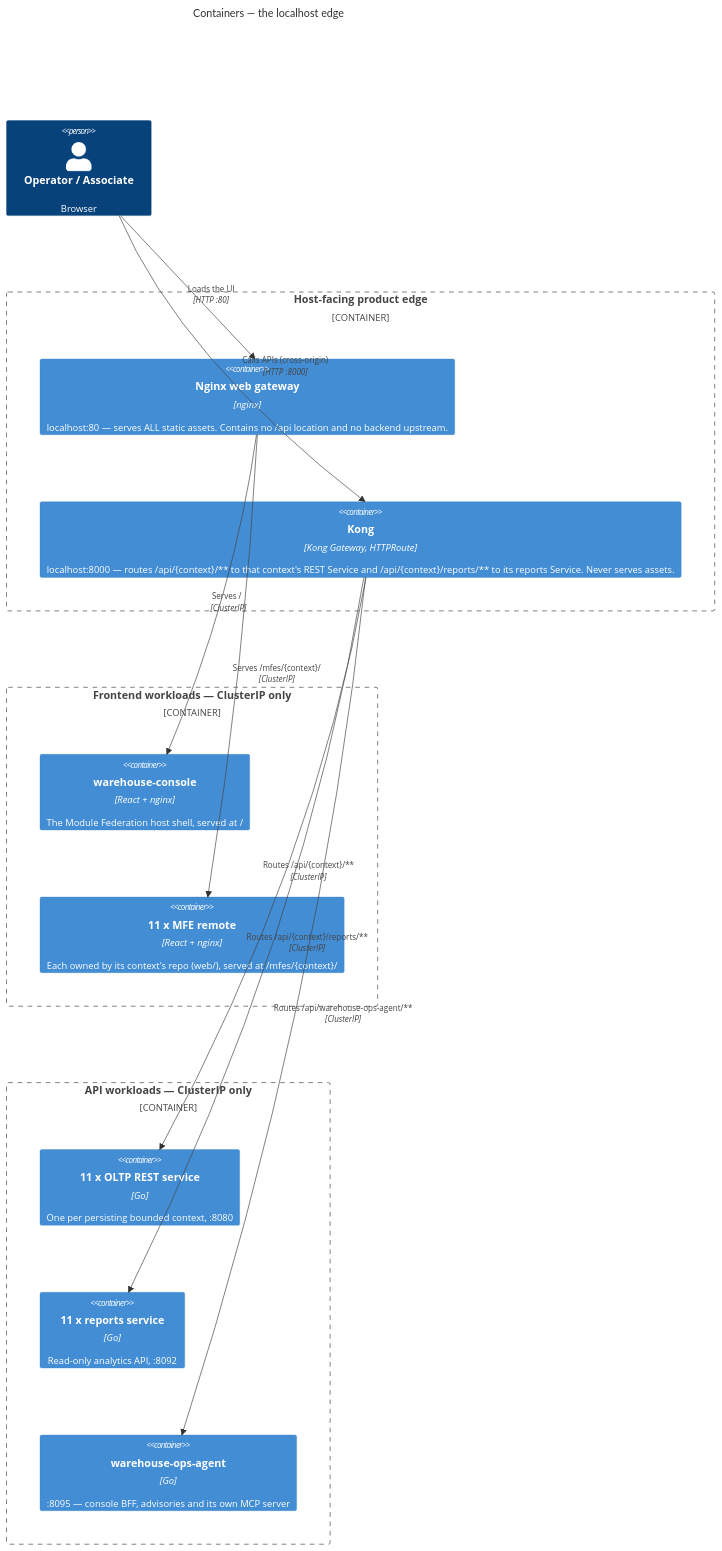
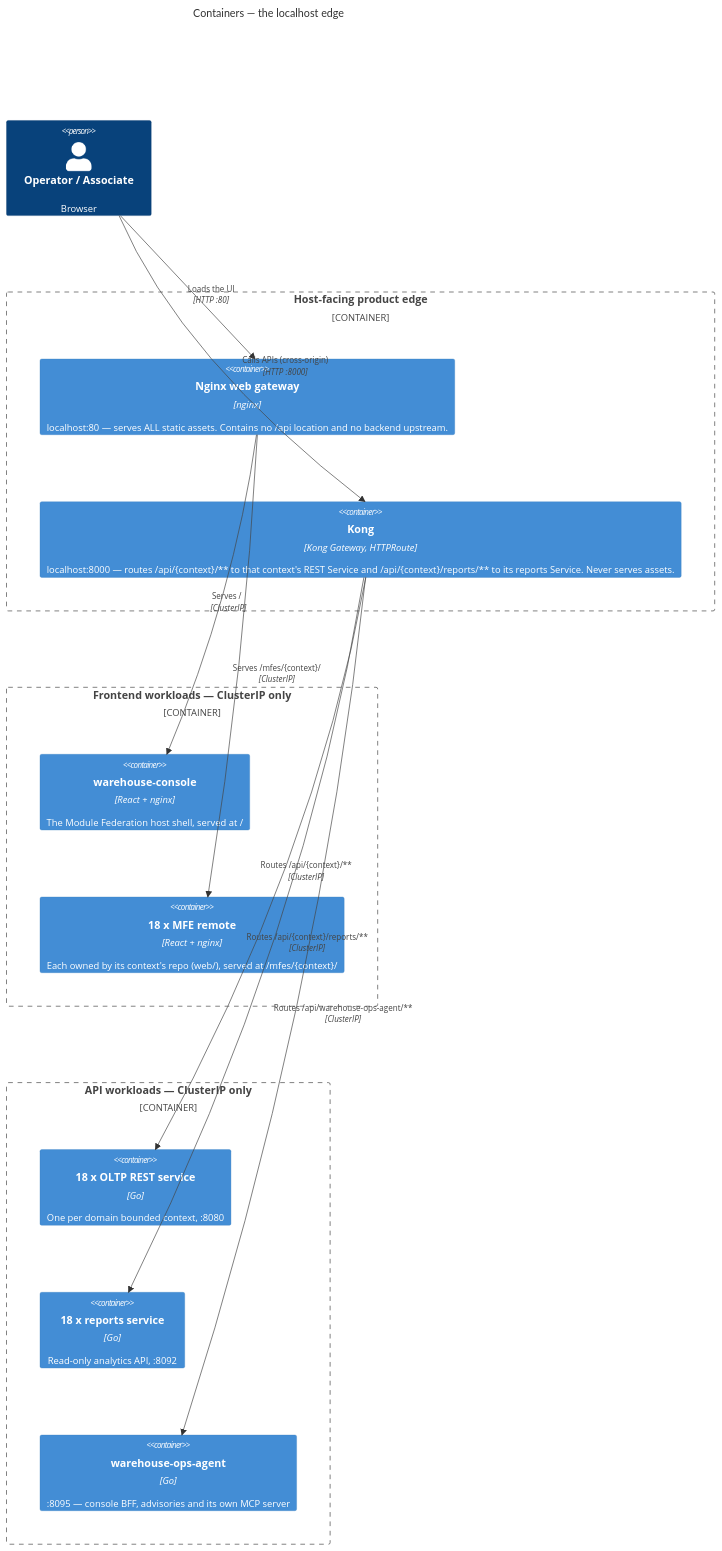
Before and after one commit to IQVO/warehouse-docs: the first of 3 diagrams in docs/architecture/containers.md, drawn with Mermaid. The commit also changed other lines of this file, not shown here.

````diff
--- a/docs/architecture/containers.md
+++ b/docs/architecture/containers.md
@@ -43,32 +40,32 @@
 ```mermaid
 C4Container
     title Containers — the localhost edge
 
     Person(user, "Operator / Associate", "Browser")
 
     Container_Boundary(edge, "Host-facing product edge") {
         Container(nginxgw, "Nginx web gateway", "nginx", "localhost:80 — serves ALL static assets. Contains no /api location and no backend upstream.")
         Container(kong, "Kong", "Kong Gateway, HTTPRoute", "localhost:8000 — routes /api/{context}/** to that context's REST Service and /api/{context}/reports/** to its reports Service. Never serves assets.")
     }
 
     Container_Boundary(fe, "Frontend workloads — ClusterIP only") {
         Container(shell, "warehouse-console", "React + nginx", "The Module Federation host shell, served at /")
-        Container(remotes, "11 x MFE remote", "React + nginx", "Each owned by its context's repo (web/), served at /mfes/{context}/")
+        Container(remotes, "18 x MFE remote", "React + nginx", "Each owned by its context's repo (web/), served at /mfes/{context}/")
     }
 
     Container_Boundary(api, "API workloads — ClusterIP only") {
-        Container(oltp, "11 x OLTP REST service", "Go", "One per persisting bounded context, :8080")
-        Container(reports, "11 x reports service", "Go", "Read-only analytics API, :8092")
+        Container(oltp, "18 x OLTP REST service", "Go", "One per domain bounded context, :8080")
+        Container(reports, "18 x reports service", "Go", "Read-only analytics API, :8092")
         Container(agent, "warehouse-ops-agent", "Go", ":8095 — console BFF, advisories and its own MCP server")
     }
 
     Rel(user, nginxgw, "Loads the UI", "HTTP :80")
     Rel(user, kong, "Calls APIs (cross-origin)", "HTTP :8000")
     Rel(nginxgw, shell, "Serves /", "ClusterIP")
     Rel(nginxgw, remotes, "Serves /mfes/{context}/", "ClusterIP")
     Rel(kong, oltp, "Routes /api/{context}/**", "ClusterIP")
     Rel(kong, reports, "Routes /api/{context}/reports/**", "ClusterIP")
     Rel(kong, agent, "Routes /api/warehouse-ops-agent/**", "ClusterIP")
 
     UpdateLayoutConfig($c4ShapeInRow="3", $c4BoundaryInRow="1")
 ```
````
